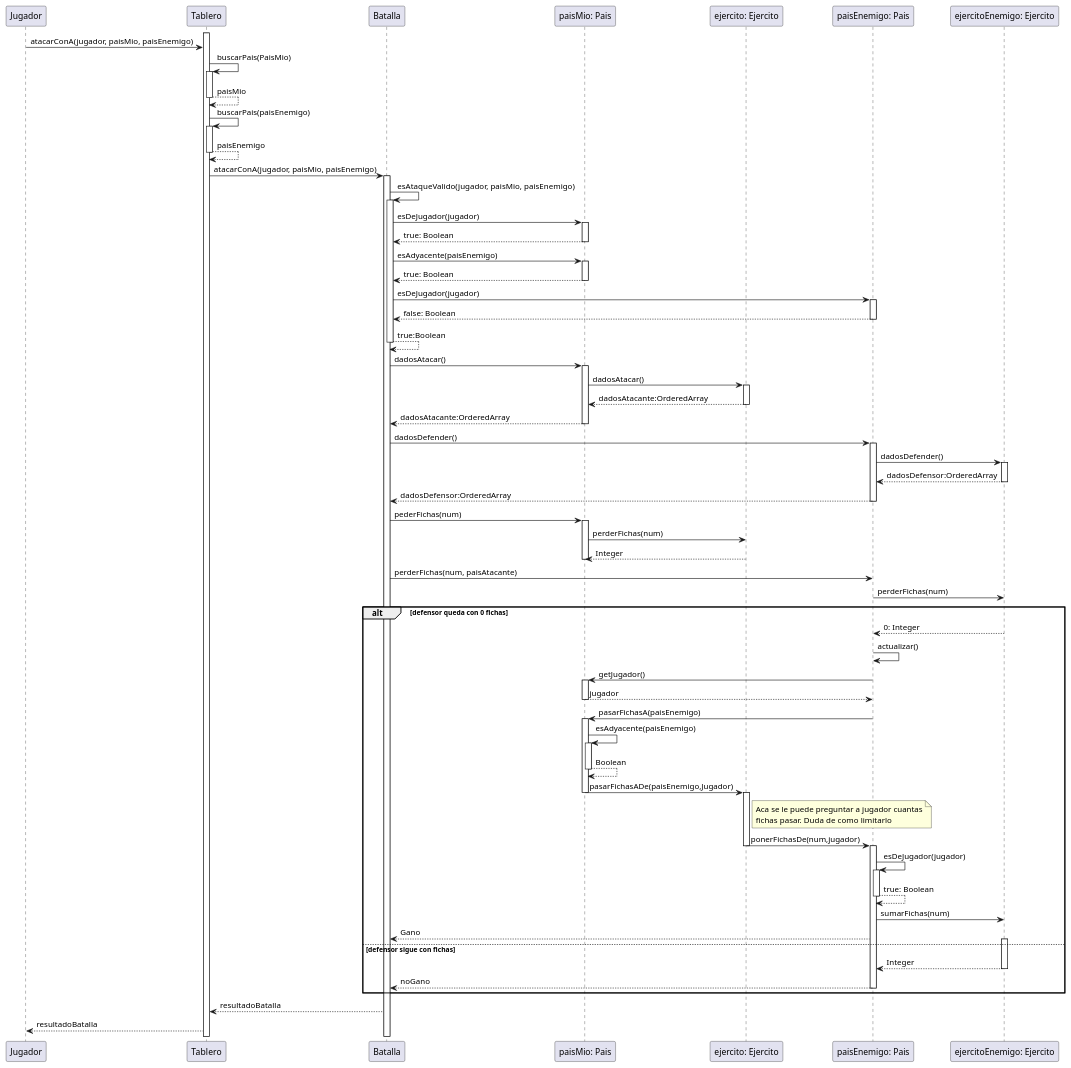
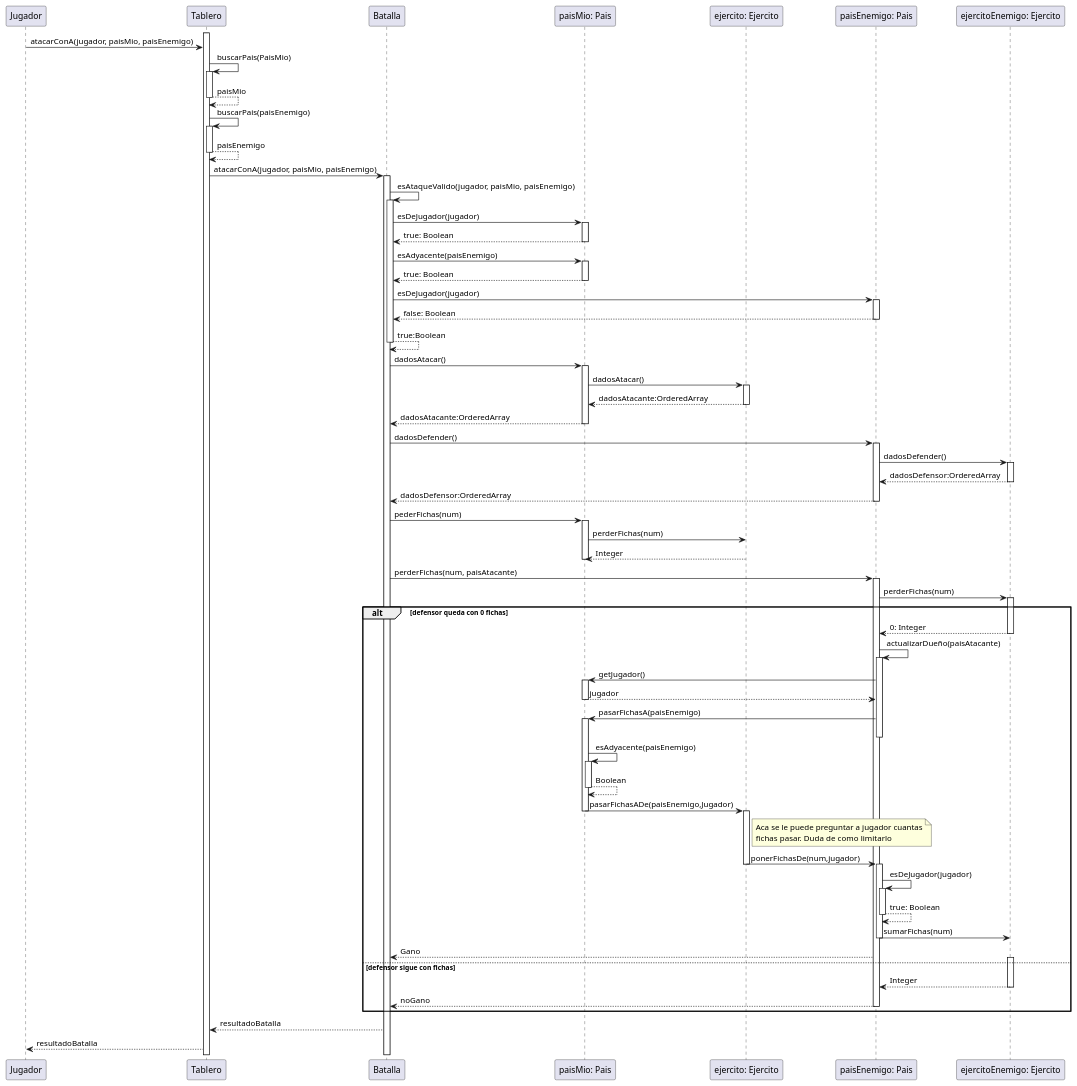
The diagram in docs/Diagramas/Codigo/digrama_de_secuencia_ataque.puml (mpata2000/Algo3-TP2-TEG), drawn with PlantUML before and after one commit. The commit also changed 1 other file, not shown here.

Commit message:
Update de pais ataca otro pais V0.2

```diff
--- a/docs/Diagramas/Codigo/digrama_de_secuencia_ataque.puml
+++ b/docs/Diagramas/Codigo/digrama_de_secuencia_ataque.puml
@@ -1,102 +1,108 @@
 @startuml DiagramaDeSecuenciaUnPaisAtacaAOtro-V0.2
 
 Participant Jugador
 Participant Tablero
 Participant Batalla
 Participant Pais as "paisMio: Pais"
 Participant Ejercito as "ejercito: Ejercito"
 Participant PaisEnemigo as "paisEnemigo: Pais"
 Participant EjercitoEnemigo as "ejercitoEnemigo: Ejercito"
 
 activate Tablero
 Jugador->Tablero: atacarConA(jugador, paisMio, paisEnemigo)
 Tablero -> Tablero: buscarPais(PaisMio)
 activate Tablero
 Tablero --> Tablero: paisMio
 deactivate Tablero
 Tablero -> Tablero: buscarPais(paisEnemigo)
 activate Tablero
 Tablero --> Tablero: paisEnemigo
 deactivate Tablero
 Tablero -> Batalla: atacarConA(jugador, paisMio, paisEnemigo)
 activate Batalla
 Batalla -> Batalla: esAtaqueValido(jugador, paisMio, paisEnemigo)
 activate Batalla
 Batalla -> Pais: esDeJugador(jugador)
 activate Pais
 Pais --> Batalla: true: Boolean
 deactivate Pais
 Batalla -> Pais: esAdyacente(paisEnemigo)
 activate Pais
 Pais --> Batalla: true: Boolean
 deactivate Pais
 Batalla -> PaisEnemigo: esDeJugador(jugador)
 activate PaisEnemigo
 PaisEnemigo --> Batalla: false: Boolean
 deactivate PaisEnemigo
 Batalla --> Batalla: true:Boolean
 deactivate Batalla
 Batalla -> Pais: dadosAtacar()
 activate Pais
 Pais -> Ejercito: dadosAtacar()
 activate Ejercito
 Ejercito --> Pais: dadosAtacante:OrderedArray
 deactivate Ejercito
 Pais --> Batalla: dadosAtacante:OrderedArray
 deactivate Pais
 Batalla -> PaisEnemigo: dadosDefender()
 activate PaisEnemigo
 PaisEnemigo -> EjercitoEnemigo: dadosDefender()
 activate EjercitoEnemigo
 EjercitoEnemigo --> PaisEnemigo: dadosDefensor:OrderedArray
 deactivate EjercitoEnemigo
 PaisEnemigo --> Batalla: dadosDefensor:OrderedArray
 deactivate PaisEnemigo
 Batalla -> Pais: pederFichas(num)
 activate Pais
 Pais -> Ejercito: perderFichas(num)
 Ejercito --> Pais: Integer
 deactivate Pais
 Batalla -> PaisEnemigo: perderFichas(num, paisAtacante)
+activate PaisEnemigo
 PaisEnemigo -> EjercitoEnemigo: perderFichas(num)
+activate EjercitoEnemigo
 
 alt defensor queda con 0 fichas
     EjercitoEnemigo --> PaisEnemigo: 0: Integer
-    PaisEnemigo -> PaisEnemigo: actualizar()
+    deactivate EjercitoEnemigo
+    PaisEnemigo -> PaisEnemigo: actualizarDueño(paisAtacante)
+    activate PaisEnemigo
     PaisEnemigo -> Pais: getJugador()
     activate Pais
     Pais --> PaisEnemigo:  jugador
     deactivate Pais
     PaisEnemigo -> Pais: pasarFichasA(paisEnemigo)
     activate Pais
+    deactivate PaisEnemigo
     Pais -> Pais: esAdyacente(paisEnemigo)
     activate Pais
     Pais --> Pais: Boolean
     deactivate Pais
     Pais -> Ejercito: pasarFichasADe(paisEnemigo,Jugador)
     deactivate Pais
     activate Ejercito
     note right Ejercito
         Aca se le puede preguntar a jugador cuantas
         fichas pasar. Duda de como limitarlo
     end note
     Ejercito -> PaisEnemigo: ponerFichasDe(num,jugador)
     deactivate Ejercito
     activate PaisEnemigo
     PaisEnemigo -> PaisEnemigo: esDeJugador(jugador)
     activate PaisEnemigo
     PaisEnemigo --> PaisEnemigo: true: Boolean
     deactivate PaisEnemigo
     PaisEnemigo -> EjercitoEnemigo: sumarFichas(num)
+    deactivate PaisEnemigo
     PaisEnemigo --> Batalla: Gano
 else  defensor sigue con fichas
     activate EjercitoEnemigo
     EjercitoEnemigo --> PaisEnemigo: Integer
     deactivate EjercitoEnemigo
     PaisEnemigo --> Batalla: noGano
     deactivate PaisEnemigo
 end
 Batalla --> Tablero: resultadoBatalla
 Tablero --> Jugador: resultadoBatalla
 
 @enduml
```
